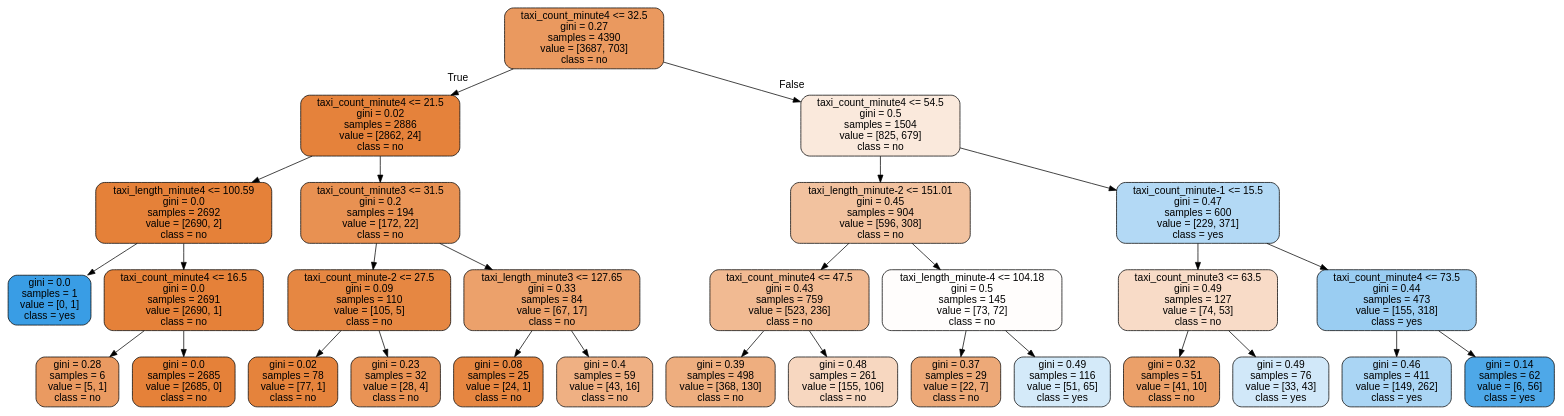
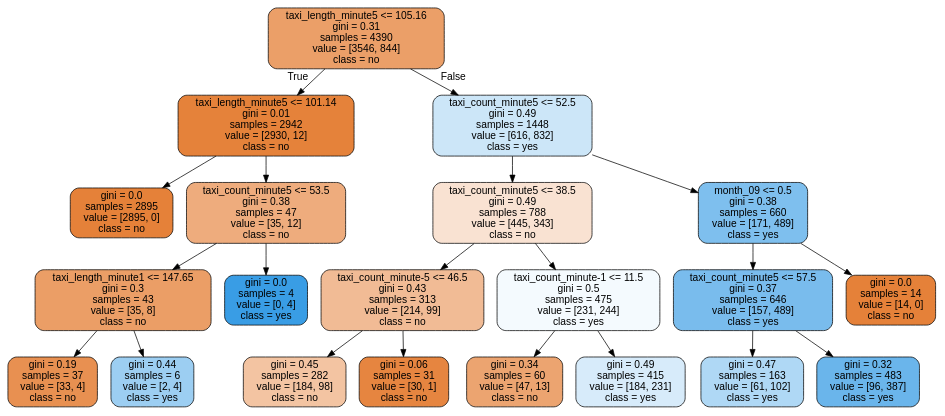
One commit to DungDinhDungDinh/capstone_project changed the diagram in t2_heavy_congestion.dot. Above: the diagram before and after it, drawn with Graphviz. The commit also changed 16 other files, not shown here.

```diff
--- a/t2_heavy_congestion.dot
+++ b/t2_heavy_congestion.dot
@@ -1,61 +1,45 @@
 digraph Tree {
 node [shape=box, style="filled, rounded", color="black", fontname="helvetica"] ;
 edge [fontname="helvetica"] ;
-0 [label="taxi_count_minute4 <= 32.5\ngini = 0.27\nsamples = 4390\nvalue = [3687, 703]\nclass = no", fillcolor="#ea995f"] ;
-1 [label="taxi_count_minute4 <= 21.5\ngini = 0.02\nsamples = 2886\nvalue = [2862, 24]\nclass = no", fillcolor="#e5823b"] ;
+0 [label="taxi_length_minute5 <= 105.16\ngini = 0.31\nsamples = 4390\nvalue = [3546, 844]\nclass = no", fillcolor="#eb9f68"] ;
+1 [label="taxi_length_minute5 <= 101.14\ngini = 0.01\nsamples = 2942\nvalue = [2930, 12]\nclass = no", fillcolor="#e5823a"] ;
 0 -> 1 [labeldistance=2.5, labelangle=45, headlabel="True"] ;
-2 [label="taxi_length_minute4 <= 100.59\ngini = 0.0\nsamples = 2692\nvalue = [2690, 2]\nclass = no", fillcolor="#e58139"] ;
+2 [label="gini = 0.0\nsamples = 2895\nvalue = [2895, 0]\nclass = no", fillcolor="#e58139"] ;
 1 -> 2 ;
-3 [label="gini = 0.0\nsamples = 1\nvalue = [0, 1]\nclass = yes", fillcolor="#399de5"] ;
-2 -> 3 ;
-4 [label="taxi_count_minute4 <= 16.5\ngini = 0.0\nsamples = 2691\nvalue = [2690, 1]\nclass = no", fillcolor="#e58139"] ;
-2 -> 4 ;
-5 [label="gini = 0.28\nsamples = 6\nvalue = [5, 1]\nclass = no", fillcolor="#ea9a61"] ;
+3 [label="taxi_count_minute5 <= 53.5\ngini = 0.38\nsamples = 47\nvalue = [35, 12]\nclass = no", fillcolor="#eeac7d"] ;
+1 -> 3 ;
+4 [label="taxi_length_minute1 <= 147.65\ngini = 0.3\nsamples = 43\nvalue = [35, 8]\nclass = no", fillcolor="#eb9e66"] ;
+3 -> 4 ;
+5 [label="gini = 0.19\nsamples = 37\nvalue = [33, 4]\nclass = no", fillcolor="#e89051"] ;
 4 -> 5 ;
-6 [label="gini = 0.0\nsamples = 2685\nvalue = [2685, 0]\nclass = no", fillcolor="#e58139"] ;
+6 [label="gini = 0.44\nsamples = 6\nvalue = [2, 4]\nclass = yes", fillcolor="#9ccef2"] ;
 4 -> 6 ;
-7 [label="taxi_count_minute3 <= 31.5\ngini = 0.2\nsamples = 194\nvalue = [172, 22]\nclass = no", fillcolor="#e89152"] ;
-1 -> 7 ;
-8 [label="taxi_count_minute-2 <= 27.5\ngini = 0.09\nsamples = 110\nvalue = [105, 5]\nclass = no", fillcolor="#e68742"] ;
-7 -> 8 ;
-9 [label="gini = 0.02\nsamples = 78\nvalue = [77, 1]\nclass = no", fillcolor="#e5833c"] ;
+7 [label="gini = 0.0\nsamples = 4\nvalue = [0, 4]\nclass = yes", fillcolor="#399de5"] ;
+3 -> 7 ;
+8 [label="taxi_count_minute5 <= 52.5\ngini = 0.49\nsamples = 1448\nvalue = [616, 832]\nclass = yes", fillcolor="#cce6f8"] ;
+0 -> 8 [labeldistance=2.5, labelangle=-45, headlabel="False"] ;
+9 [label="taxi_count_minute5 <= 38.5\ngini = 0.49\nsamples = 788\nvalue = [445, 343]\nclass = no", fillcolor="#f9e2d2"] ;
 8 -> 9 ;
-10 [label="gini = 0.23\nsamples = 32\nvalue = [28, 4]\nclass = no", fillcolor="#e99355"] ;
-8 -> 10 ;
-11 [label="taxi_length_minute3 <= 127.65\ngini = 0.33\nsamples = 84\nvalue = [67, 17]\nclass = no", fillcolor="#eca16b"] ;
-7 -> 11 ;
-12 [label="gini = 0.08\nsamples = 25\nvalue = [24, 1]\nclass = no", fillcolor="#e68641"] ;
-11 -> 12 ;
-13 [label="gini = 0.4\nsamples = 59\nvalue = [43, 16]\nclass = no", fillcolor="#efb083"] ;
-11 -> 13 ;
-14 [label="taxi_count_minute4 <= 54.5\ngini = 0.5\nsamples = 1504\nvalue = [825, 679]\nclass = no", fillcolor="#fae9dc"] ;
-0 -> 14 [labeldistance=2.5, labelangle=-45, headlabel="False"] ;
-15 [label="taxi_length_minute-2 <= 151.01\ngini = 0.45\nsamples = 904\nvalue = [596, 308]\nclass = no", fillcolor="#f2c29f"] ;
-14 -> 15 ;
-16 [label="taxi_count_minute4 <= 47.5\ngini = 0.43\nsamples = 759\nvalue = [523, 236]\nclass = no", fillcolor="#f1ba92"] ;
-15 -> 16 ;
-17 [label="gini = 0.39\nsamples = 498\nvalue = [368, 130]\nclass = no", fillcolor="#eeae7f"] ;
+10 [label="taxi_count_minute-5 <= 46.5\ngini = 0.43\nsamples = 313\nvalue = [214, 99]\nclass = no", fillcolor="#f1bb95"] ;
+9 -> 10 ;
+11 [label="gini = 0.45\nsamples = 282\nvalue = [184, 98]\nclass = no", fillcolor="#f3c4a2"] ;
+10 -> 11 ;
+12 [label="gini = 0.06\nsamples = 31\nvalue = [30, 1]\nclass = no", fillcolor="#e68540"] ;
+10 -> 12 ;
+13 [label="taxi_count_minute-1 <= 11.5\ngini = 0.5\nsamples = 475\nvalue = [231, 244]\nclass = yes", fillcolor="#f4fafe"] ;
+9 -> 13 ;
+14 [label="gini = 0.34\nsamples = 60\nvalue = [47, 13]\nclass = no", fillcolor="#eca470"] ;
+13 -> 14 ;
+15 [label="gini = 0.49\nsamples = 415\nvalue = [184, 231]\nclass = yes", fillcolor="#d7ebfa"] ;
+13 -> 15 ;
+16 [label="month_09 <= 0.5\ngini = 0.38\nsamples = 660\nvalue = [171, 489]\nclass = yes", fillcolor="#7ebfee"] ;
+8 -> 16 ;
+17 [label="taxi_count_minute5 <= 57.5\ngini = 0.37\nsamples = 646\nvalue = [157, 489]\nclass = yes", fillcolor="#79bced"] ;
 16 -> 17 ;
-18 [label="gini = 0.48\nsamples = 261\nvalue = [155, 106]\nclass = no", fillcolor="#f7d7c0"] ;
-16 -> 18 ;
-19 [label="taxi_length_minute-4 <= 104.18\ngini = 0.5\nsamples = 145\nvalue = [73, 72]\nclass = no", fillcolor="#fffdfc"] ;
-15 -> 19 ;
-20 [label="gini = 0.37\nsamples = 29\nvalue = [22, 7]\nclass = no", fillcolor="#eda978"] ;
-19 -> 20 ;
-21 [label="gini = 0.49\nsamples = 116\nvalue = [51, 65]\nclass = yes", fillcolor="#d4eaf9"] ;
-19 -> 21 ;
-22 [label="taxi_count_minute-1 <= 15.5\ngini = 0.47\nsamples = 600\nvalue = [229, 371]\nclass = yes", fillcolor="#b3d9f5"] ;
-14 -> 22 ;
-23 [label="taxi_count_minute3 <= 63.5\ngini = 0.49\nsamples = 127\nvalue = [74, 53]\nclass = no", fillcolor="#f8dbc7"] ;
-22 -> 23 ;
-24 [label="gini = 0.32\nsamples = 51\nvalue = [41, 10]\nclass = no", fillcolor="#eba069"] ;
-23 -> 24 ;
-25 [label="gini = 0.49\nsamples = 76\nvalue = [33, 43]\nclass = yes", fillcolor="#d1e8f9"] ;
-23 -> 25 ;
-26 [label="taxi_count_minute4 <= 73.5\ngini = 0.44\nsamples = 473\nvalue = [155, 318]\nclass = yes", fillcolor="#9acdf2"] ;
-22 -> 26 ;
-27 [label="gini = 0.46\nsamples = 411\nvalue = [149, 262]\nclass = yes", fillcolor="#aad5f4"] ;
-26 -> 27 ;
-28 [label="gini = 0.14\nsamples = 62\nvalue = [6, 56]\nclass = yes", fillcolor="#4ea8e8"] ;
-26 -> 28 ;
+18 [label="gini = 0.47\nsamples = 163\nvalue = [61, 102]\nclass = yes", fillcolor="#afd8f5"] ;
+17 -> 18 ;
+19 [label="gini = 0.32\nsamples = 483\nvalue = [96, 387]\nclass = yes", fillcolor="#6ab5eb"] ;
+17 -> 19 ;
+20 [label="gini = 0.0\nsamples = 14\nvalue = [14, 0]\nclass = no", fillcolor="#e58139"] ;
+16 -> 20 ;
 }
```
